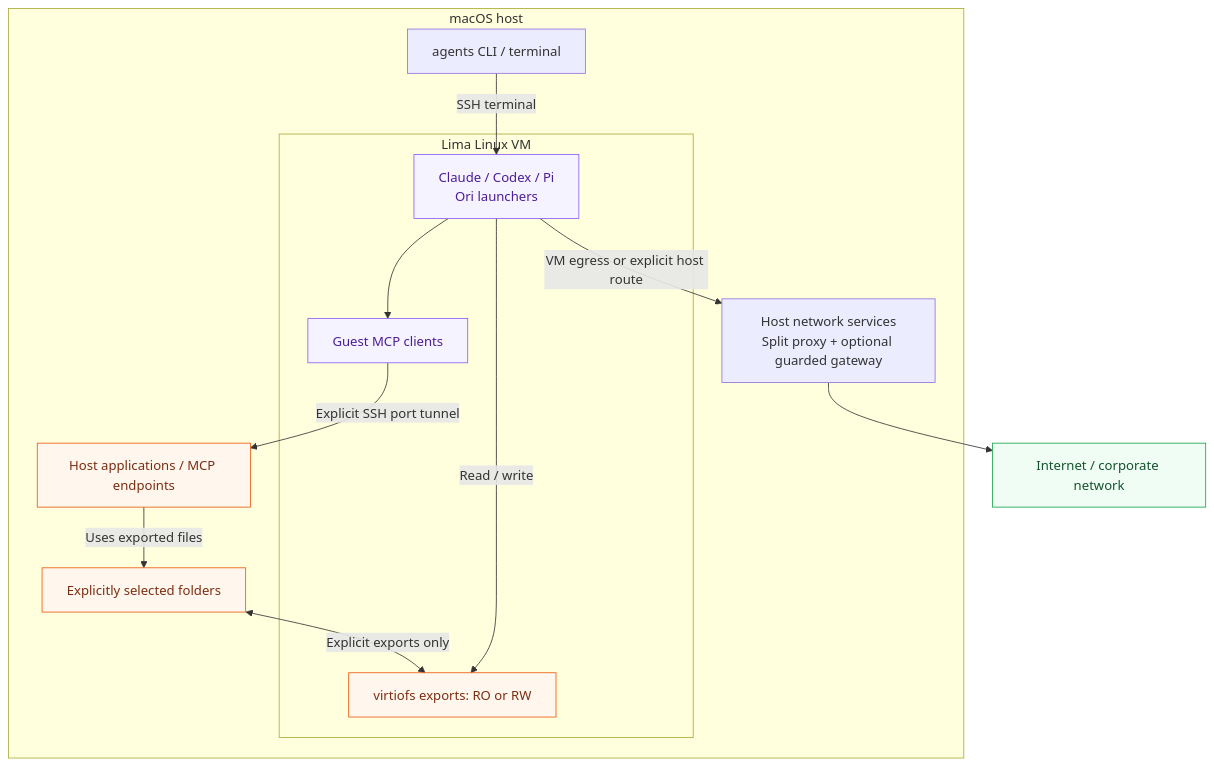
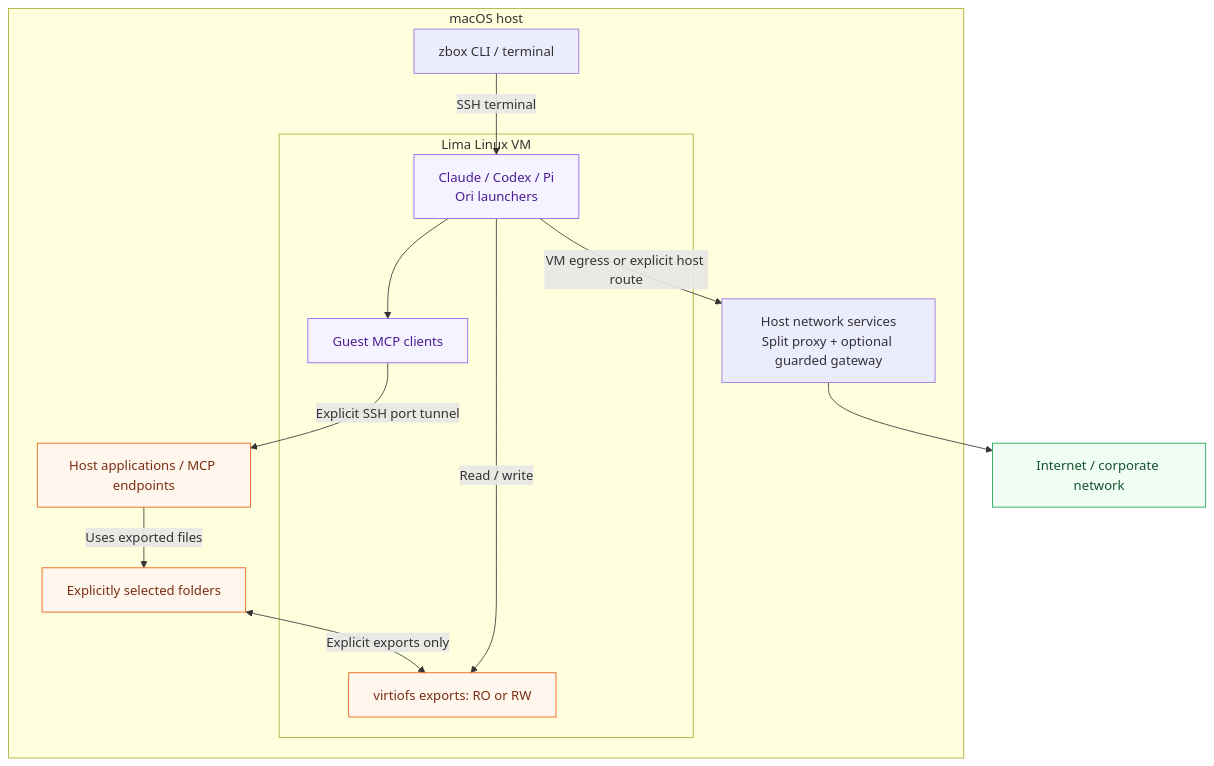
One commit to capitanbanana/zbox changed the diagram in docs/diagrams/architecture.mmd. Above: the diagram before and after it, drawn with Mermaid. The commit also changed 33 other files, not shown here.

Commit message:
Rename CLI and documentation to zbox

```diff
--- a/docs/diagrams/architecture.mmd
+++ b/docs/diagrams/architecture.mmd
@@ -1,28 +1,28 @@
 flowchart TB
   accTitle: Host and VM architecture
   accDescr: Agents run in a Lima VM with explicit host folder exports, host MCP ports, and network services.
   subgraph MAC["macOS host"]
-    CLI["agents CLI / terminal"]
+    CLI["zbox CLI / terminal"]
     FILES["Explicitly selected folders"]
     HOSTAPP["Host applications / MCP endpoints"]
     subgraph VM["Lima Linux VM"]
       AGENT["Claude / Codex / Pi<br/>Ori launchers"]
       MOUNT["virtiofs exports: RO or RW"]
       MCP["Guest MCP clients"]
     end
     NET["Host network services<br/>Split proxy + optional guarded gateway"]
     CLI -->|"SSH terminal"| AGENT
     FILES <-->|"Explicit exports only"| MOUNT
     AGENT -->|"Read / write"| MOUNT
     AGENT --> MCP
     MCP -->|"Explicit SSH port tunnel"| HOSTAPP
     HOSTAPP -->|"Uses exported files"| FILES
     AGENT -->|"VM egress or explicit host route"| NET
   end
   NET --> REMOTE["Internet / corporate network"]
   classDef grant fill:#fff7ed,stroke:#ea580c,color:#7c2d12
   classDef guest fill:#f5f3ff,stroke:#8b5cf6,color:#4c1d95
   classDef external fill:#f0fdf4,stroke:#16a34a,color:#14532d
   class FILES,HOSTAPP,MOUNT grant
   class AGENT,MCP guest
   class REMOTE external
```
